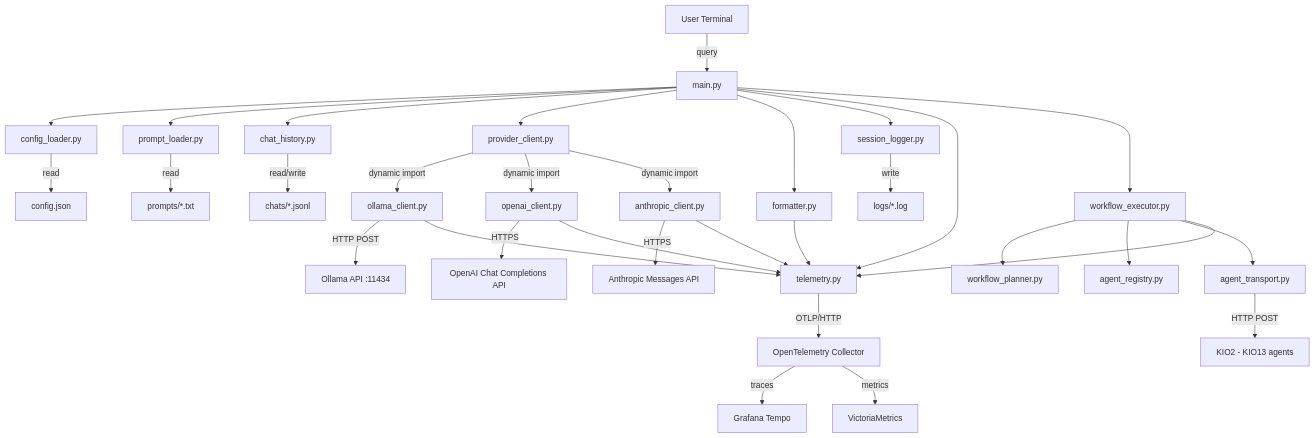
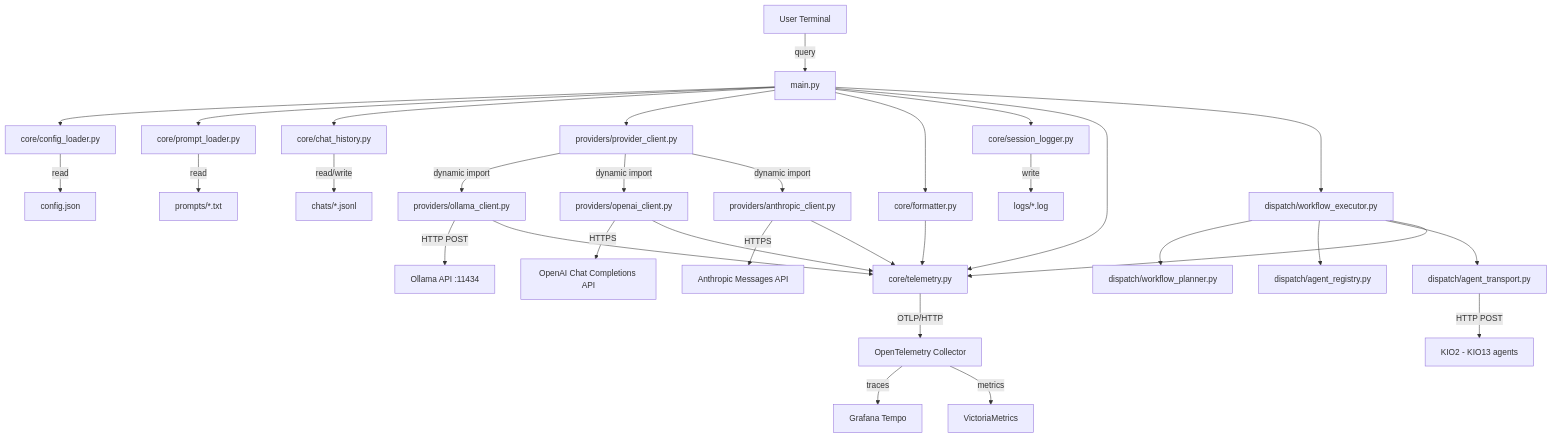
Before and after one commit to Pilestin/kio1.orchestrator: the diagram in docs/architecture.md, drawn with Mermaid. The commit also changed other lines of this file and 32 other files, not shown here.

First line of the commit message:
refactor: group modules into core, providers, dispatch, and tools

````diff
--- a/docs/architecture.md
+++ b/docs/architecture.md
@@ -9,34 +9,34 @@
 ```mermaid
 graph TD
     User[User Terminal] -->|query| Main[main.py]
-    Main --> ConfigLoader[config_loader.py]
-    Main --> PromptLoader[prompt_loader.py]
-    Main --> ChatHistory[chat_history.py]
-    Main --> ProviderClient[provider_client.py]
-    Main --> Formatter[formatter.py]
-    Main --> SessionLogger[session_logger.py]
-    Main --> Telemetry[telemetry.py]
-    Main --> Executor[workflow_executor.py]
-    Executor --> Planner[workflow_planner.py]
-    Executor --> Registry[agent_registry.py]
-    Executor --> Transport[agent_transport.py]
+    Main --> ConfigLoader[core/config_loader.py]
+    Main --> PromptLoader[core/prompt_loader.py]
+    Main --> ChatHistory[core/chat_history.py]
+    Main --> ProviderClient[providers/provider_client.py]
+    Main --> Formatter[core/formatter.py]
+    Main --> SessionLogger[core/session_logger.py]
+    Main --> Telemetry[core/telemetry.py]
+    Main --> Executor[dispatch/workflow_executor.py]
+    Executor --> Planner[dispatch/workflow_planner.py]
+    Executor --> Registry[dispatch/agent_registry.py]
+    Executor --> Transport[dispatch/agent_transport.py]
     Transport -->|HTTP POST| Agents[KIO2 - KIO13 agents]
     Executor --> Telemetry
     SessionLogger -->|write| LogFiles[logs/*.log]
-    ProviderClient -->|dynamic import| OllamaClient[ollama_client.py]
-    ProviderClient -->|dynamic import| OpenAIClient[openai_client.py]
-    ProviderClient -->|dynamic import| AnthropicClient[anthropic_client.py]
+    ProviderClient -->|dynamic import| OllamaClient[providers/ollama_client.py]
+    ProviderClient -->|dynamic import| OpenAIClient[providers/openai_client.py]
+    ProviderClient -->|dynamic import| AnthropicClient[providers/anthropic_client.py]
     OllamaClient -->|HTTP POST| Ollama[Ollama API :11434]
     OpenAIClient -->|HTTPS| OpenAIAPI[OpenAI Chat Completions API]
     AnthropicClient -->|HTTPS| AnthropicAPI[Anthropic Messages API]
     ChatHistory -->|read/write| ChatFiles[chats/*.jsonl]
     ConfigLoader -->|read| ConfigFile[config.json]
     PromptLoader -->|read| PromptFile[prompts/*.txt]
     Formatter --> Telemetry
     OllamaClient --> Telemetry
     OpenAIClient --> Telemetry
     AnthropicClient --> Telemetry
     Telemetry -->|OTLP/HTTP| Collector[OpenTelemetry Collector]
     Collector -->|traces| Tempo[Grafana Tempo]
     Collector -->|metrics| VictoriaMetrics[VictoriaMetrics]
 ```
````
